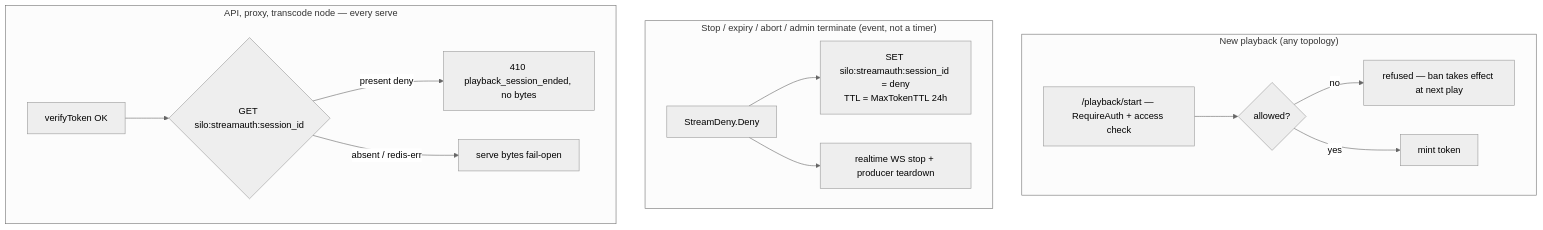
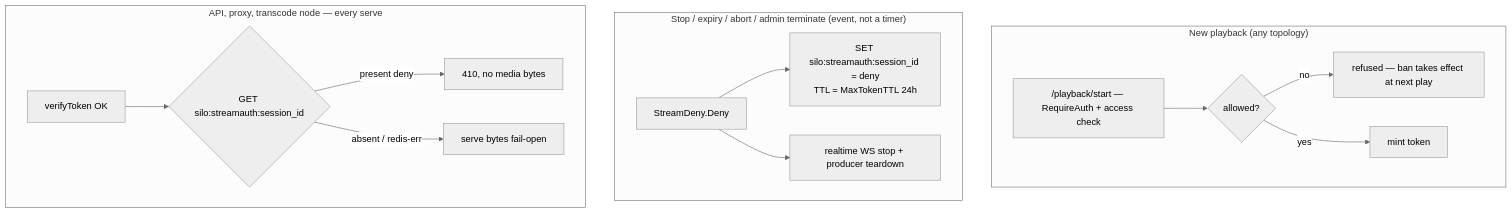
One commit to Silo-Server/silo-server changed the fourth of 5 diagrams in docs/architecture/restart-resilient-playback.md. Above: the diagram before and after it, drawn with Mermaid (neutral theme). The commit also changed other lines of this file and 2 other files, not shown here.

Commit message:
docs(playback): correct deny, log-token, studio and keyframe-plan details

````diff
--- a/docs/architecture/restart-resilient-playback.md
+++ b/docs/architecture/restart-resilient-playback.md
@@ -672,17 +680,17 @@
 ```mermaid
 flowchart TD
     subgraph New["New playback (any topology)"]
         P["/playback/start — RequireAuth + access check"] --> PB{allowed?}
         PB -- no --> PR[refused — ban takes effect at next play]
         PB -- yes --> PM[mint token]
     end
     subgraph Admin["Stop / expiry / abort / admin terminate (event, not a timer)"]
         K[StreamDeny.Deny] --> WD[SET silo:streamauth:session_id = deny<br/>TTL = MaxTokenTTL 24h]
         K --> WS[realtime WS stop + producer teardown]
     end
     subgraph Node["API, proxy, transcode node — every serve"]
         G[verifyToken OK] --> L{GET silo:streamauth:session_id}
-        L -- present deny --> F[410 playback_session_ended, no bytes]
+        L -- present deny --> F[410, no media bytes]
         L -- absent / redis-err --> SV[serve bytes  fail-open]
     end
 ```
````
